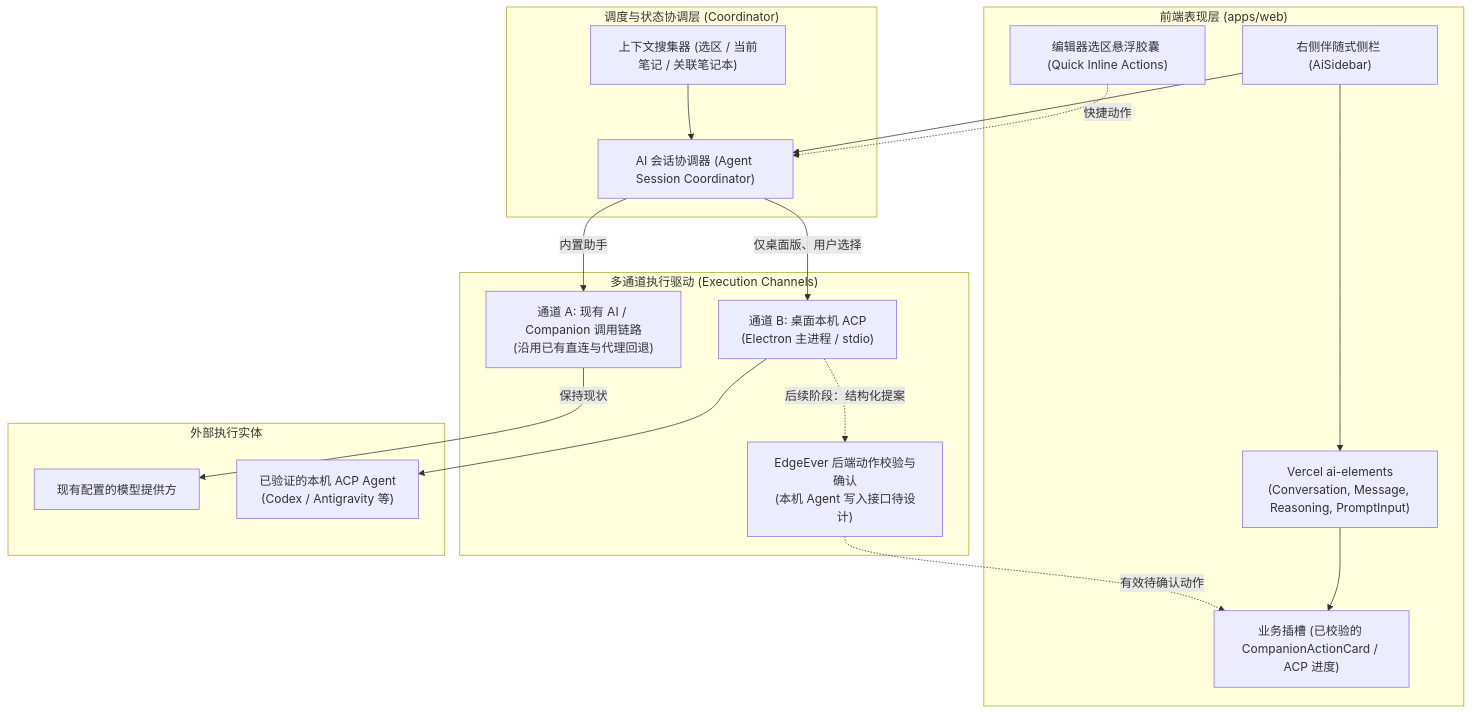
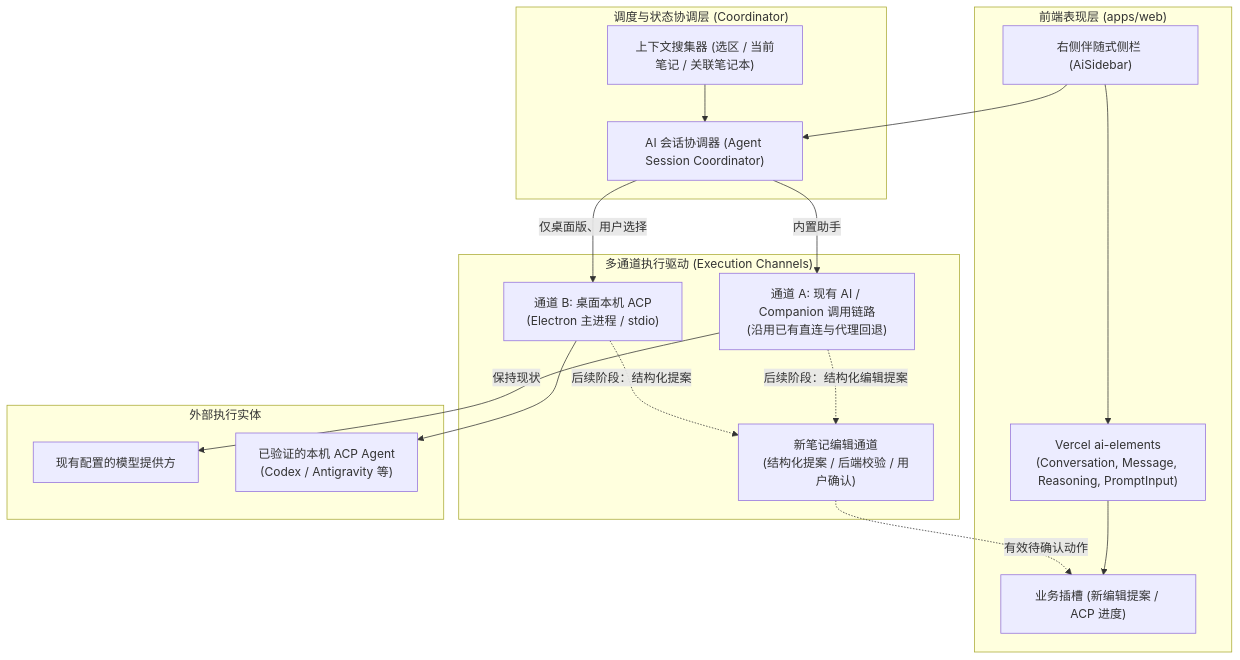
One commit to 1092214362/edgeever changed the first of 2 diagrams in docs/ai-assistant-redesign-plan.zh-CN.md. Above: the diagram before and after it, drawn with Mermaid. The commit also changed other lines of this file, not shown here.

Commit message:
docs: plan new agent editing flow

````diff
--- a/docs/ai-assistant-redesign-plan.zh-CN.md
+++ b/docs/ai-assistant-redesign-plan.zh-CN.md
@@ -97,39 +94,38 @@
 ```mermaid
 flowchart TD
     subgraph UI_Presentation ["前端表现层 (apps/web)"]
         Sidebar["右侧伴随式侧栏 (AiSidebar)"]
         AiElements["Vercel ai-elements\n(Conversation, Message, Reasoning, PromptInput)"]
-        ActionSlot["业务插槽 (已校验的 CompanionActionCard / ACP 进度)"]
-        InlineMenu["编辑器选区悬浮胶囊 (Quick Inline Actions)"]
+        ActionSlot["业务插槽 (新编辑提案 / ACP 进度)"]
     end
 
     subgraph Coordinator_Layer ["调度与状态协调层 (Coordinator)"]
         AgentManager["AI 会话协调器 (Agent Session Coordinator)"]
         ContextCollector["上下文搜集器 (选区 / 当前笔记 / 关联笔记本)"]
     end
 
     subgraph Provider_Channel ["多通道执行驱动 (Execution Channels)"]
         ExistingAiChannel["通道 A: 现有 AI / Companion 调用链路\n(沿用已有直连与代理回退)"]
         LocalAgentChannel["通道 B: 桌面本机 ACP\n(Electron 主进程 / stdio)"]
-        ActionValidation["EdgeEver 后端动作校验与确认\n(本机 Agent 写入接口待设计)"]
+        ActionValidation["新笔记编辑通道\n(结构化提案 / 后端校验 / 用户确认)"]
     end
 
     subgraph External_Entities ["外部执行实体"]
         ModelProviders["现有配置的模型提供方"]
         LocalAgent["已验证的本机 ACP Agent\n(Codex / Antigravity 等)"]
     end
 
     Sidebar --> AiElements
     AiElements --> ActionSlot
-    InlineMenu -.->|快捷动作| AgentManager
     Sidebar --> AgentManager
     ContextCollector --> AgentManager
 
     AgentManager -->|内置助手| ExistingAiChannel
     AgentManager -->|仅桌面版、用户选择| LocalAgentChannel
 
     ExistingAiChannel -->|保持现状| ModelProviders
     LocalAgentChannel --> LocalAgent
+    ExistingAiChannel -.->|后续阶段：结构化编辑提案| ActionValidation
     LocalAgentChannel -.->|后续阶段：结构化提案| ActionValidation
     ActionValidation -.->|有效待确认动作| ActionSlot
 ```
````
